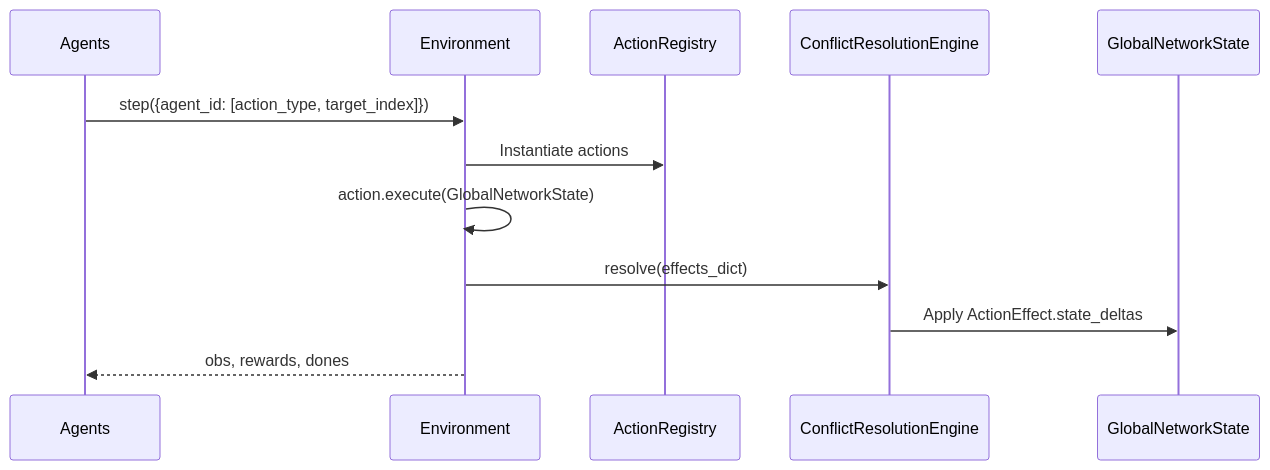
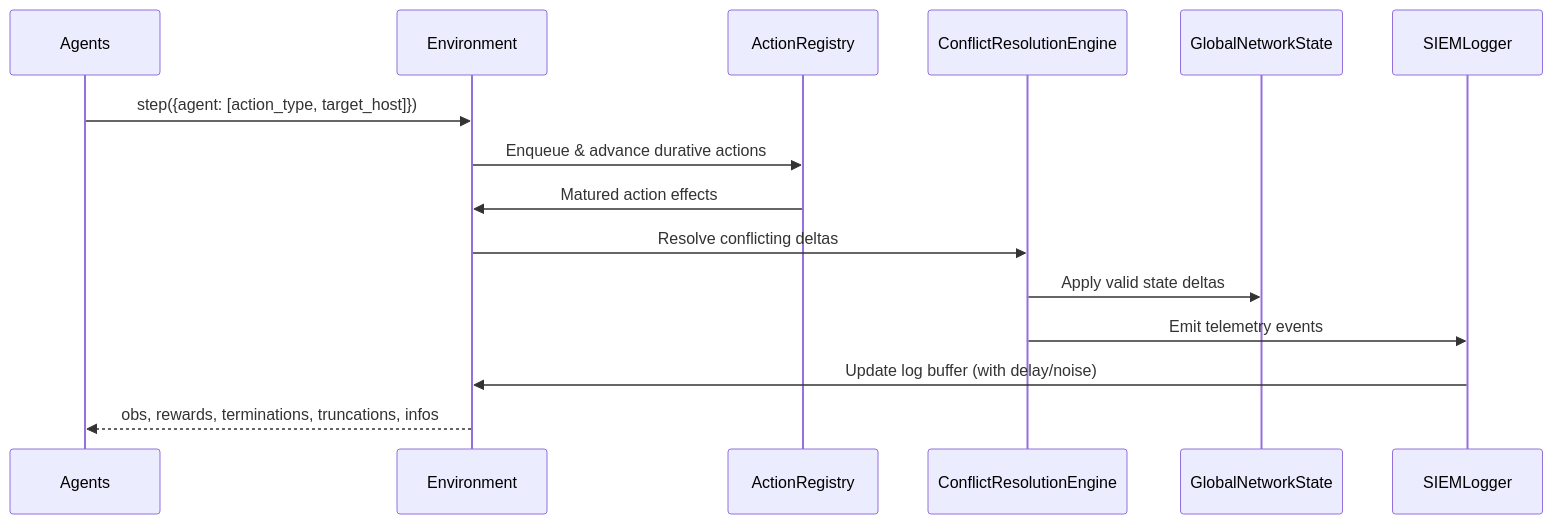
Before and after one commit to reforcemind/NetForge_RL: the first of 2 diagrams in docs/architecture/overview.md, drawn with Mermaid. The commit also changed other lines of this file and 45 other files, not shown here.

````diff
--- a/docs/architecture/overview.md
+++ b/docs/architecture/overview.md
@@ -8,15 +5,18 @@
 ```mermaid
 sequenceDiagram
     participant Agents
     participant Environment
     participant ActionRegistry
     participant ConflictResolutionEngine
     participant GlobalNetworkState
+    participant SIEMLogger
 
-    Agents->>Environment: step({agent_id: [action_type, target_index]})
-    Environment->>ActionRegistry: Instantiate actions
-    Environment->>Environment: action.execute(GlobalNetworkState)
-    Environment->>ConflictResolutionEngine: resolve(effects_dict)
-    ConflictResolutionEngine->>GlobalNetworkState: Apply ActionEffect.state_deltas
-    Environment-->>Agents: obs, rewards, dones
+    Agents->>Environment: step({agent: [action_type, target_host]})
+    Environment->>ActionRegistry: Enqueue & advance durative actions
+    ActionRegistry->>Environment: Matured action effects
+    Environment->>ConflictResolutionEngine: Resolve conflicting deltas
+    ConflictResolutionEngine->>GlobalNetworkState: Apply valid state deltas
+    ConflictResolutionEngine->>SIEMLogger: Emit telemetry events
+    SIEMLogger->>Environment: Update log buffer (with delay/noise)
+    Environment-->>Agents: obs, rewards, terminations, truncations, infos
 ```
````
